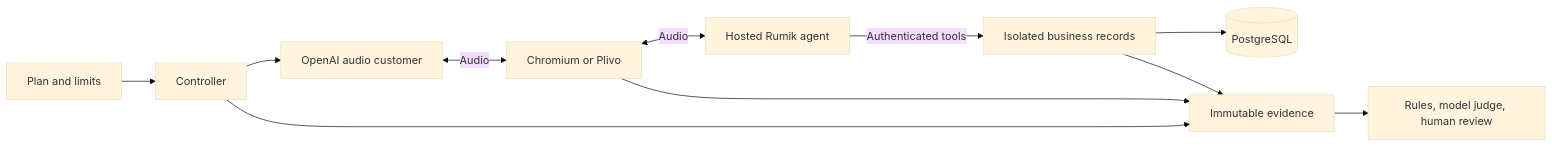
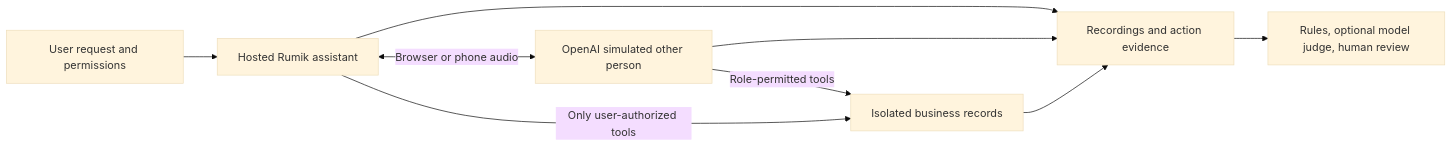
Before and after one commit to Anushlinux/voice-agents-benchmarks: the diagram in README.md, drawn with Mermaid (base theme). The commit also changed other lines of this file and 32 other files, not shown here.

````diff
--- a/README.md
+++ b/README.md
@@ -7,13 +9,11 @@
 ```mermaid
 flowchart LR
-    P[Plan and limits] --> C[Controller]
-    C --> O[OpenAI audio customer]
-    O <-->|Audio| T[Chromium or Plivo]
-    T <-->|Audio| R[Hosted Rumik agent]
-    R -->|Authenticated tools| B[Isolated business records]
-    B --> D[(PostgreSQL)]
-    C --> E[Immutable evidence]
-    T --> E
+    U[User request and permissions] --> R[Hosted Rumik assistant]
+    R <-->|Browser or phone audio| S[OpenAI simulated other person]
+    S -->|Role-permitted tools| B[Isolated business records]
+    R -->|Only user-authorized tools| B
+    R --> E[Recordings and action evidence]
+    S --> E
     B --> E
-    E --> G[Rules, model judge, human review]
+    E --> G[Rules, optional model judge, human review]
 ```
````
